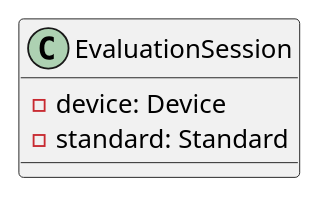
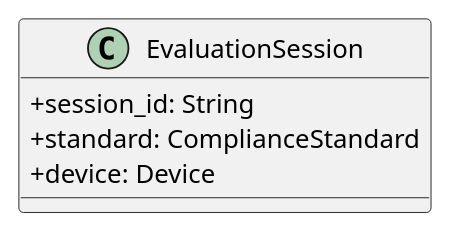
One commit to GroupRubberDuck/Documentazione changed the diagram in src/PB/DocumentazioneEsterna/Specifica_Tecnica/content/05-diagrammi-classi/uml/puml/Backend/Domain/EvaluationSession.puml. Above: the diagram before and after it, drawn with PlantUML. The commit also changed 162 other files, not shown here.

```diff
--- a/src/PB/DocumentazioneEsterna/Specifica_Tecnica/content/05-diagrammi-classi/uml/puml/Backend/Domain/EvaluationSession.puml
+++ b/src/PB/DocumentazioneEsterna/Specifica_Tecnica/content/05-diagrammi-classi/uml/puml/Backend/Domain/EvaluationSession.puml
@@ -1,8 +1,10 @@
 @startuml EvaluationSession
+skinparam ClassAttributeIconSize 0
 
 class EvaluationSession {
-    - device: Device
-    - standard: Standard
+    + session_id: String
+    + standard: ComplianceStandard
+    + device: Device
 }
 
 @enduml
```
